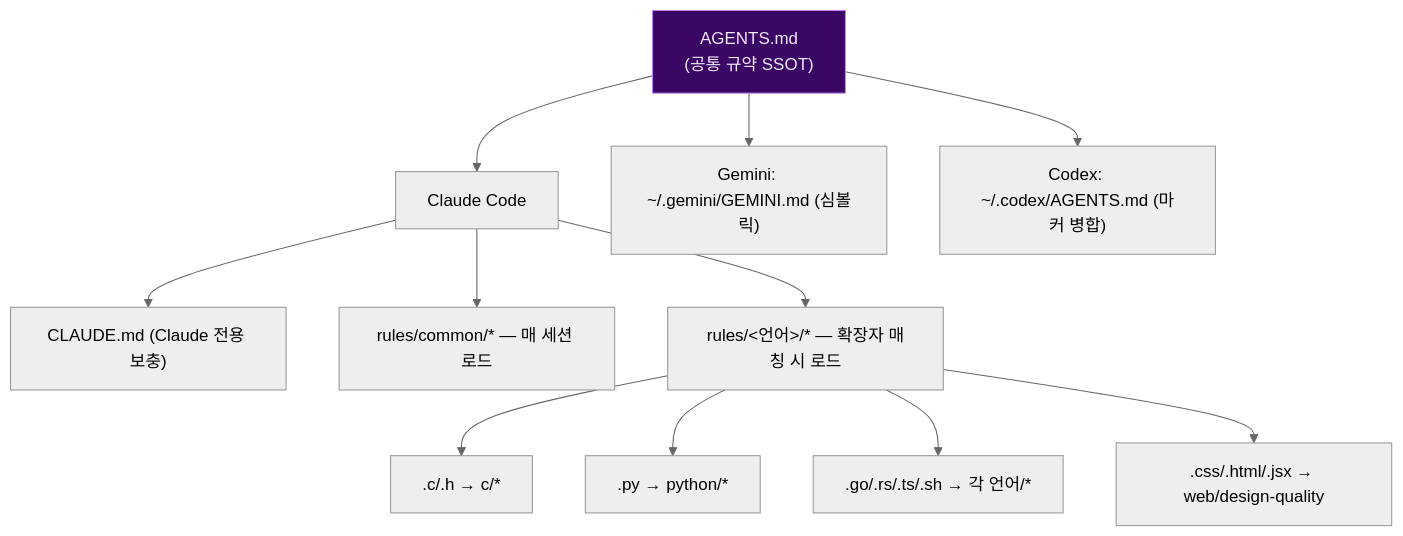
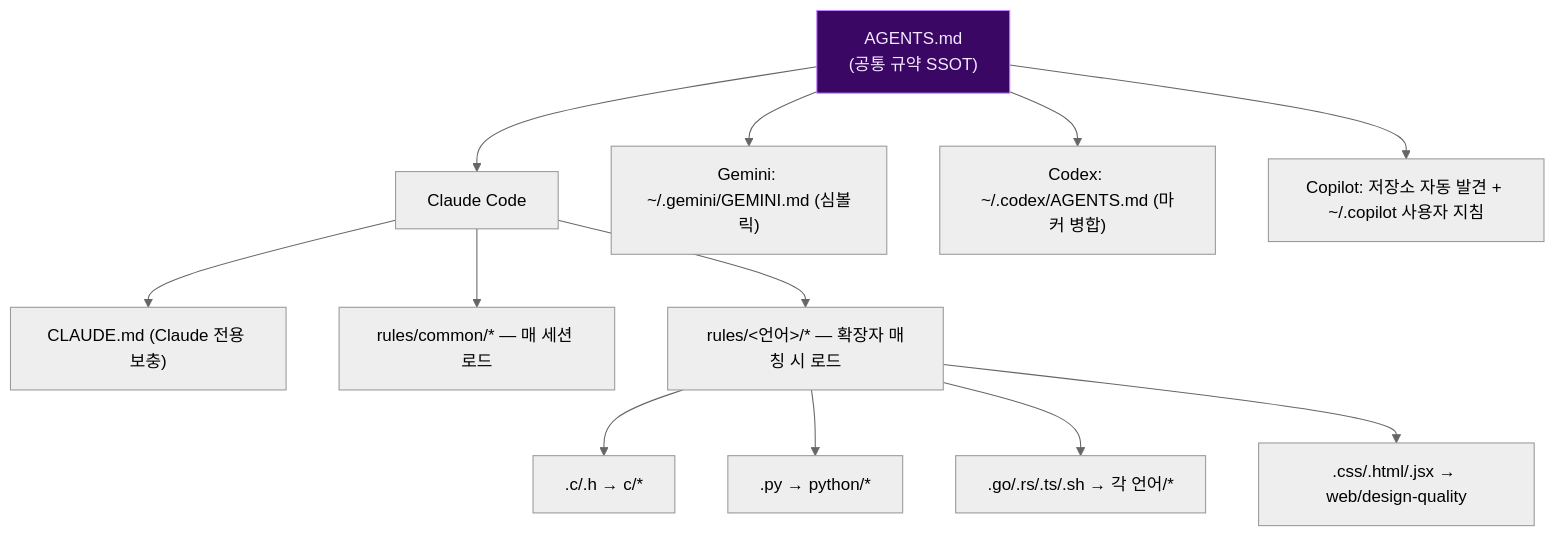
Before and after one commit to jomarusoup/Arachne: the fourth of 5 diagrams in docs/ARCHITECTURE.md, drawn with Mermaid (neutral theme). The commit also changed other lines of this file and 14 other files, not shown here.

````diff
--- a/docs/ARCHITECTURE.md
+++ b/docs/ARCHITECTURE.md
@@ -295,20 +304,21 @@
 ```mermaid
 flowchart TB
     AGENTS["AGENTS.md<br/>(공통 규약 SSOT)"]
 
     AGENTS --> CLAUDE["Claude Code"]
     AGENTS --> GEMINI["Gemini: ~/.gemini/GEMINI.md (심볼릭)"]
     AGENTS --> CODEX["Codex: ~/.codex/AGENTS.md (마커 병합)"]
+    AGENTS --> COPILOT["Copilot: 저장소 자동 발견 + ~/.copilot 사용자 지침"]
 
     CLAUDE --> CM["CLAUDE.md (Claude 전용 보충)"]
     CLAUDE --> RC["rules/common/* — 매 세션 로드"]
     CLAUDE --> RL["rules/<언어>/* — 확장자 매칭 시 로드"]
 
     RL --> EX1[".c/.h → c/*"]
     RL --> EX2[".py → python/*"]
     RL --> EX3[".go/.rs/.ts/.sh → 각 언어/*"]
     RL --> EX4[".css/.html/.jsx → web/design-quality"]
 
     classDef ssot fill:#3b0764,stroke:#c084fc,color:#f3e8ff;
     class AGENTS ssot;
 ```
````
